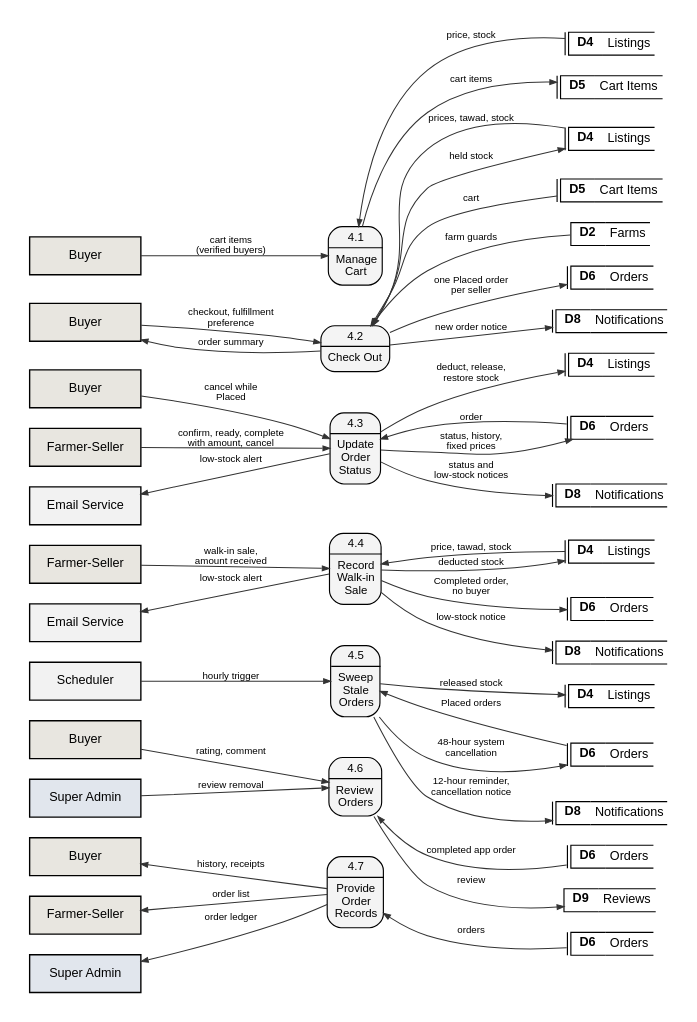
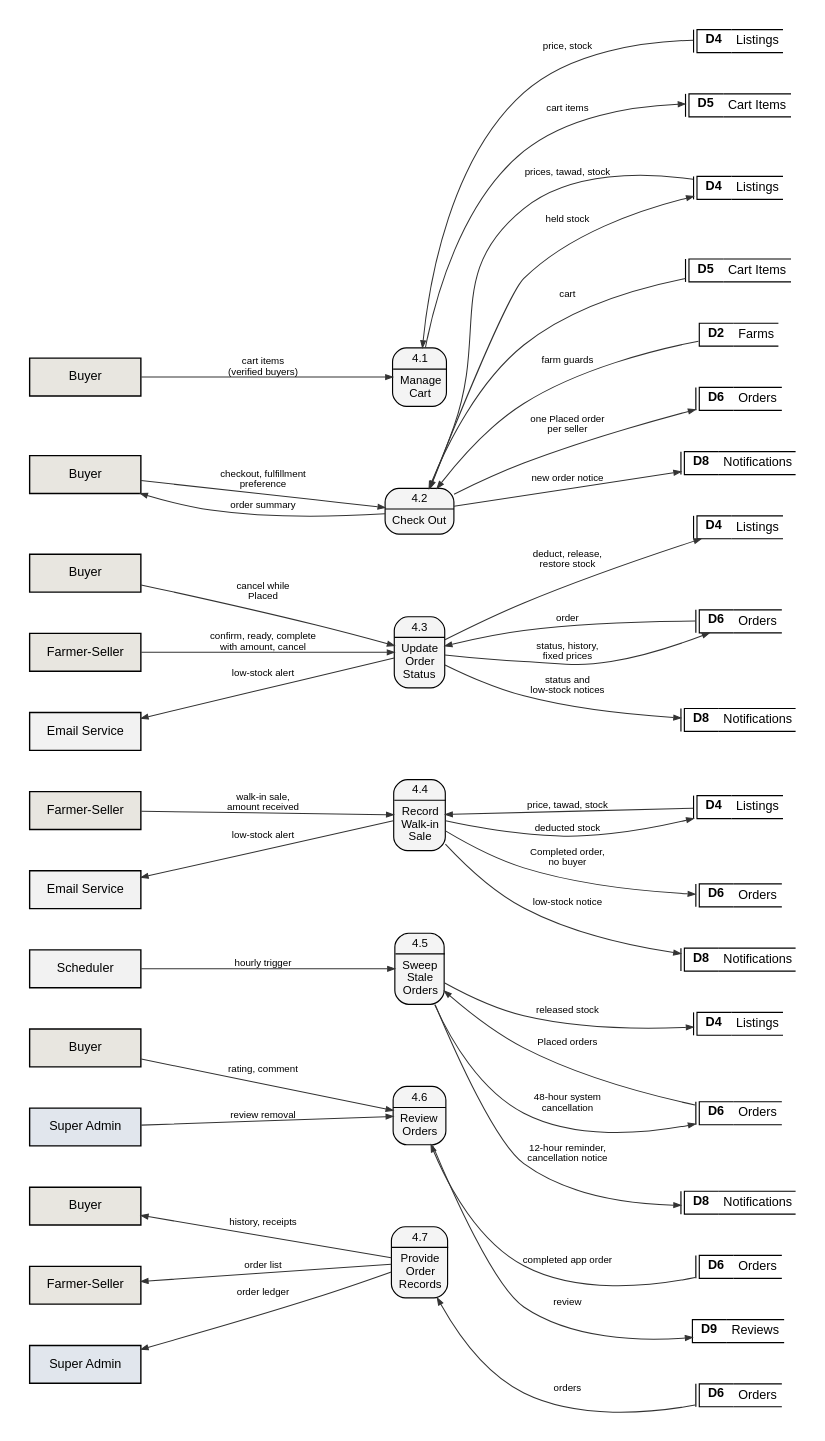
One commit to shawncastaneda11-commits/anihow-backend changed the diagram in docs/manuscript/figures/src/fig6_2_4_dfd_level2.dot. Above: the diagram before and after it, drawn with Graphviz. The commit also changed 40 other files, not shown here.

First line of the commit message:
docs(manuscript): improve DFD, ERD, and use case diagram routing

```diff
--- a/docs/manuscript/figures/src/fig6_2_4_dfd_level2.dot
+++ b/docs/manuscript/figures/src/fig6_2_4_dfd_level2.dot
@@ -1,91 +1,91 @@
 // Data flow diagram, level 2, process 4.0 Process Orders.
 digraph G {
-  graph [rankdir=LR, nodesep=0.25, ranksep=0.9, pad=0.25, fontname="Liberation Sans", newrank=true];
+  graph [rankdir=LR, nodesep=0.5, ranksep=1.7, pad=0.25, fontname="Liberation Sans", newrank=true, splines=spline, concentrate=false];
   node  [fontname="Liberation Sans", fontsize=11];
   edge  [penwidth=0.9, arrowsize=0.6, color="#333333", fontname="Liberation Sans", fontsize=8.5];
   q4a [shape=plaintext, margin=0, width=0, height=0, label=<<TABLE STYLE="ROUNDED" BORDER="1" CELLBORDER="0" CELLSPACING="0" CELLPADDING="3" BGCOLOR="#F4F4F4"><TR><TD><FONT POINT-SIZE="10.5">4.1</FONT></TD></TR><HR/><TR><TD CELLPADDING="5"><FONT POINT-SIZE="10.5">Manage<BR/>Cart</FONT></TD></TR></TABLE>>];
   by_q4a [shape=box, style=filled, fillcolor="#E8E6E0", penwidth=1.2, width=1.35, height=0.46, label="Buyer", comment="gsdup"];
   D4_q4a [shape=plaintext, margin=0, width=0, height=0, label=<<TABLE BORDER="0" CELLBORDER="1" CELLSPACING="0" CELLPADDING="3"><TR><TD SIDES="L" WIDTH="3" CELLPADDING="0"></TD><TD SIDES="TBL" WIDTH="30"><B>D4</B></TD><TD SIDES="TB" ALIGN="LEFT">Listings</TD></TR></TABLE>>];
   D5_q4a [shape=plaintext, margin=0, width=0, height=0, label=<<TABLE BORDER="0" CELLBORDER="1" CELLSPACING="0" CELLPADDING="3"><TR><TD SIDES="L" WIDTH="3" CELLPADDING="0"></TD><TD SIDES="TBL" WIDTH="30"><B>D5</B></TD><TD SIDES="TB" ALIGN="LEFT">Cart Items</TD></TR></TABLE>>];
   q4b [shape=plaintext, margin=0, width=0, height=0, label=<<TABLE STYLE="ROUNDED" BORDER="1" CELLBORDER="0" CELLSPACING="0" CELLPADDING="3" BGCOLOR="#F4F4F4"><TR><TD><FONT POINT-SIZE="10.5">4.2</FONT></TD></TR><HR/><TR><TD CELLPADDING="5"><FONT POINT-SIZE="10.5">Check Out</FONT></TD></TR></TABLE>>];
   by_q4b [shape=box, style=filled, fillcolor="#E8E6E0", penwidth=1.2, width=1.35, height=0.46, label="Buyer", comment="gsdup"];
   D4_q4b [shape=plaintext, margin=0, width=0, height=0, label=<<TABLE BORDER="0" CELLBORDER="1" CELLSPACING="0" CELLPADDING="3"><TR><TD SIDES="L" WIDTH="3" CELLPADDING="0"></TD><TD SIDES="TBL" WIDTH="30"><B>D4</B></TD><TD SIDES="TB" ALIGN="LEFT">Listings</TD></TR></TABLE>>];
   D5_q4b [shape=plaintext, margin=0, width=0, height=0, label=<<TABLE BORDER="0" CELLBORDER="1" CELLSPACING="0" CELLPADDING="3"><TR><TD SIDES="L" WIDTH="3" CELLPADDING="0"></TD><TD SIDES="TBL" WIDTH="30"><B>D5</B></TD><TD SIDES="TB" ALIGN="LEFT">Cart Items</TD></TR></TABLE>>];
   D2_q4b [shape=plaintext, margin=0, width=0, height=0, label=<<TABLE BORDER="0" CELLBORDER="1" CELLSPACING="0" CELLPADDING="3"><TR><TD SIDES="TBL" WIDTH="30"><B>D2</B></TD><TD SIDES="TB" ALIGN="LEFT">Farms</TD></TR></TABLE>>];
   D6_q4b [shape=plaintext, margin=0, width=0, height=0, label=<<TABLE BORDER="0" CELLBORDER="1" CELLSPACING="0" CELLPADDING="3"><TR><TD SIDES="L" WIDTH="3" CELLPADDING="0"></TD><TD SIDES="TBL" WIDTH="30"><B>D6</B></TD><TD SIDES="TB" ALIGN="LEFT">Orders</TD></TR></TABLE>>];
   D8_q4b [shape=plaintext, margin=0, width=0, height=0, label=<<TABLE BORDER="0" CELLBORDER="1" CELLSPACING="0" CELLPADDING="3"><TR><TD SIDES="L" WIDTH="3" CELLPADDING="0"></TD><TD SIDES="TBL" WIDTH="30"><B>D8</B></TD><TD SIDES="TB" ALIGN="LEFT">Notifications</TD></TR></TABLE>>];
   q4c [shape=plaintext, margin=0, width=0, height=0, label=<<TABLE STYLE="ROUNDED" BORDER="1" CELLBORDER="0" CELLSPACING="0" CELLPADDING="3" BGCOLOR="#F4F4F4"><TR><TD><FONT POINT-SIZE="10.5">4.3</FONT></TD></TR><HR/><TR><TD CELLPADDING="5"><FONT POINT-SIZE="10.5">Update<BR/>Order<BR/>Status</FONT></TD></TR></TABLE>>];
   by_q4c [shape=box, style=filled, fillcolor="#E8E6E0", penwidth=1.2, width=1.35, height=0.46, label="Buyer", comment="gsdup"];
   D4_q4c [shape=plaintext, margin=0, width=0, height=0, label=<<TABLE BORDER="0" CELLBORDER="1" CELLSPACING="0" CELLPADDING="3"><TR><TD SIDES="L" WIDTH="3" CELLPADDING="0"></TD><TD SIDES="TBL" WIDTH="30"><B>D4</B></TD><TD SIDES="TB" ALIGN="LEFT">Listings</TD></TR></TABLE>>];
   D6_q4c [shape=plaintext, margin=0, width=0, height=0, label=<<TABLE BORDER="0" CELLBORDER="1" CELLSPACING="0" CELLPADDING="3"><TR><TD SIDES="L" WIDTH="3" CELLPADDING="0"></TD><TD SIDES="TBL" WIDTH="30"><B>D6</B></TD><TD SIDES="TB" ALIGN="LEFT">Orders</TD></TR></TABLE>>];
   D8_q4c [shape=plaintext, margin=0, width=0, height=0, label=<<TABLE BORDER="0" CELLBORDER="1" CELLSPACING="0" CELLPADDING="3"><TR><TD SIDES="L" WIDTH="3" CELLPADDING="0"></TD><TD SIDES="TBL" WIDTH="30"><B>D8</B></TD><TD SIDES="TB" ALIGN="LEFT">Notifications</TD></TR></TABLE>>];
   fs_q4c [shape=box, style=filled, fillcolor="#E8E6E0", penwidth=1.2, width=1.35, height=0.46, label="Farmer-Seller", comment="gsdup"];
   em_q4c [shape=box, style=filled, fillcolor="#F2F2F2", penwidth=1.2, width=1.35, height=0.46, label="Email Service", comment="gsdup"];
   q4d [shape=plaintext, margin=0, width=0, height=0, label=<<TABLE STYLE="ROUNDED" BORDER="1" CELLBORDER="0" CELLSPACING="0" CELLPADDING="3" BGCOLOR="#F4F4F4"><TR><TD><FONT POINT-SIZE="10.5">4.4</FONT></TD></TR><HR/><TR><TD CELLPADDING="5"><FONT POINT-SIZE="10.5">Record<BR/>Walk-in<BR/>Sale</FONT></TD></TR></TABLE>>];
   D4_q4d [shape=plaintext, margin=0, width=0, height=0, label=<<TABLE BORDER="0" CELLBORDER="1" CELLSPACING="0" CELLPADDING="3"><TR><TD SIDES="L" WIDTH="3" CELLPADDING="0"></TD><TD SIDES="TBL" WIDTH="30"><B>D4</B></TD><TD SIDES="TB" ALIGN="LEFT">Listings</TD></TR></TABLE>>];
   D6_q4d [shape=plaintext, margin=0, width=0, height=0, label=<<TABLE BORDER="0" CELLBORDER="1" CELLSPACING="0" CELLPADDING="3"><TR><TD SIDES="L" WIDTH="3" CELLPADDING="0"></TD><TD SIDES="TBL" WIDTH="30"><B>D6</B></TD><TD SIDES="TB" ALIGN="LEFT">Orders</TD></TR></TABLE>>];
   D8_q4d [shape=plaintext, margin=0, width=0, height=0, label=<<TABLE BORDER="0" CELLBORDER="1" CELLSPACING="0" CELLPADDING="3"><TR><TD SIDES="L" WIDTH="3" CELLPADDING="0"></TD><TD SIDES="TBL" WIDTH="30"><B>D8</B></TD><TD SIDES="TB" ALIGN="LEFT">Notifications</TD></TR></TABLE>>];
   fs_q4d [shape=box, style=filled, fillcolor="#E8E6E0", penwidth=1.2, width=1.35, height=0.46, label="Farmer-Seller", comment="gsdup"];
   em_q4d [shape=box, style=filled, fillcolor="#F2F2F2", penwidth=1.2, width=1.35, height=0.46, label="Email Service", comment="gsdup"];
   q4e [shape=plaintext, margin=0, width=0, height=0, label=<<TABLE STYLE="ROUNDED" BORDER="1" CELLBORDER="0" CELLSPACING="0" CELLPADDING="3" BGCOLOR="#F4F4F4"><TR><TD><FONT POINT-SIZE="10.5">4.5</FONT></TD></TR><HR/><TR><TD CELLPADDING="5"><FONT POINT-SIZE="10.5">Sweep<BR/>Stale<BR/>Orders</FONT></TD></TR></TABLE>>];
   D4_q4e [shape=plaintext, margin=0, width=0, height=0, label=<<TABLE BORDER="0" CELLBORDER="1" CELLSPACING="0" CELLPADDING="3"><TR><TD SIDES="L" WIDTH="3" CELLPADDING="0"></TD><TD SIDES="TBL" WIDTH="30"><B>D4</B></TD><TD SIDES="TB" ALIGN="LEFT">Listings</TD></TR></TABLE>>];
   D6_q4e [shape=plaintext, margin=0, width=0, height=0, label=<<TABLE BORDER="0" CELLBORDER="1" CELLSPACING="0" CELLPADDING="3"><TR><TD SIDES="L" WIDTH="3" CELLPADDING="0"></TD><TD SIDES="TBL" WIDTH="30"><B>D6</B></TD><TD SIDES="TB" ALIGN="LEFT">Orders</TD></TR></TABLE>>];
   D8_q4e [shape=plaintext, margin=0, width=0, height=0, label=<<TABLE BORDER="0" CELLBORDER="1" CELLSPACING="0" CELLPADDING="3"><TR><TD SIDES="L" WIDTH="3" CELLPADDING="0"></TD><TD SIDES="TBL" WIDTH="30"><B>D8</B></TD><TD SIDES="TB" ALIGN="LEFT">Notifications</TD></TR></TABLE>>];
   sch_q4e [shape=box, style=filled, fillcolor="#F2F2F2", penwidth=1.2, width=1.35, height=0.46, label="Scheduler"];
   q4f [shape=plaintext, margin=0, width=0, height=0, label=<<TABLE STYLE="ROUNDED" BORDER="1" CELLBORDER="0" CELLSPACING="0" CELLPADDING="3" BGCOLOR="#F4F4F4"><TR><TD><FONT POINT-SIZE="10.5">4.6</FONT></TD></TR><HR/><TR><TD CELLPADDING="5"><FONT POINT-SIZE="10.5">Review<BR/>Orders</FONT></TD></TR></TABLE>>];
   by_q4f [shape=box, style=filled, fillcolor="#E8E6E0", penwidth=1.2, width=1.35, height=0.46, label="Buyer", comment="gsdup"];
   D6_q4f [shape=plaintext, margin=0, width=0, height=0, label=<<TABLE BORDER="0" CELLBORDER="1" CELLSPACING="0" CELLPADDING="3"><TR><TD SIDES="L" WIDTH="3" CELLPADDING="0"></TD><TD SIDES="TBL" WIDTH="30"><B>D6</B></TD><TD SIDES="TB" ALIGN="LEFT">Orders</TD></TR></TABLE>>];
   D9_q4f [shape=plaintext, margin=0, width=0, height=0, label=<<TABLE BORDER="0" CELLBORDER="1" CELLSPACING="0" CELLPADDING="3"><TR><TD SIDES="TBL" WIDTH="30"><B>D9</B></TD><TD SIDES="TB" ALIGN="LEFT">Reviews</TD></TR></TABLE>>];
   sa_q4f [shape=box, style=filled, fillcolor="#E1E6ED", penwidth=1.2, width=1.35, height=0.46, label="Super Admin", comment="gsdup"];
   q4g [shape=plaintext, margin=0, width=0, height=0, label=<<TABLE STYLE="ROUNDED" BORDER="1" CELLBORDER="0" CELLSPACING="0" CELLPADDING="3" BGCOLOR="#F4F4F4"><TR><TD><FONT POINT-SIZE="10.5">4.7</FONT></TD></TR><HR/><TR><TD CELLPADDING="5"><FONT POINT-SIZE="10.5">Provide<BR/>Order<BR/>Records</FONT></TD></TR></TABLE>>];
   by_q4g [shape=box, style=filled, fillcolor="#E8E6E0", penwidth=1.2, width=1.35, height=0.46, label="Buyer", comment="gsdup"];
   D6_q4g [shape=plaintext, margin=0, width=0, height=0, label=<<TABLE BORDER="0" CELLBORDER="1" CELLSPACING="0" CELLPADDING="3"><TR><TD SIDES="L" WIDTH="3" CELLPADDING="0"></TD><TD SIDES="TBL" WIDTH="30"><B>D6</B></TD><TD SIDES="TB" ALIGN="LEFT">Orders</TD></TR></TABLE>>];
   fs_q4g [shape=box, style=filled, fillcolor="#E8E6E0", penwidth=1.2, width=1.35, height=0.46, label="Farmer-Seller", comment="gsdup"];
   sa_q4g [shape=box, style=filled, fillcolor="#E1E6ED", penwidth=1.2, width=1.35, height=0.46, label="Super Admin", comment="gsdup"];
   by_q4a -> q4a [label="cart items\n(verified buyers)"];
   q4a -> D4_q4a [label="price, stock", dir=back];
   q4a -> D5_q4a [label="cart items"];
   by_q4b -> q4b [label="checkout, fulfillment\npreference"];
   q4b -> D5_q4b [label="cart", dir=back];
   q4b -> D4_q4b [label="prices, tawad, stock", dir=back];
   q4b -> D2_q4b [label="farm guards", dir=back];
   q4b -> D6_q4b [label="one Placed order\nper seller"];
   q4b -> D4_q4b [label="held stock"];
   q4b -> D8_q4b [label="new order notice"];
   by_q4b -> q4b [label="order summary", dir=back];
   fs_q4c -> q4c [label="confirm, ready, complete\nwith amount, cancel"];
   by_q4c -> q4c [label="cancel while\nPlaced"];
   q4c -> D6_q4c [label="order", dir=back];
   q4c -> D6_q4c [label="status, history,\nfixed prices"];
   q4c -> D4_q4c [label="deduct, release,\nrestore stock"];
   q4c -> D8_q4c [label="status and\nlow-stock notices"];
   em_q4c -> q4c [label="low-stock alert", dir=back];
   fs_q4d -> q4d [label="walk-in sale,\namount received"];
   q4d -> D4_q4d [label="price, tawad, stock", dir=back];
   q4d -> D6_q4d [label="Completed order,\nno buyer"];
   q4d -> D4_q4d [label="deducted stock"];
   q4d -> D8_q4d [label="low-stock notice"];
   em_q4d -> q4d [label="low-stock alert", dir=back];
   sch_q4e -> q4e [label="hourly trigger"];
   q4e -> D6_q4e [label="Placed orders", dir=back];
   q4e -> D8_q4e [label="12-hour reminder,\ncancellation notice"];
   q4e -> D6_q4e [label="48-hour system\ncancellation"];
   q4e -> D4_q4e [label="released stock"];
   by_q4f -> q4f [label="rating, comment"];
   q4f -> D6_q4f [label="completed app order", dir=back];
   q4f -> D9_q4f [label="review"];
   sa_q4f -> q4f [label="review removal"];
   q4g -> D6_q4g [label="orders", dir=back];
   by_q4g -> q4g [label="history, receipts", dir=back];
   fs_q4g -> q4g [label="order list", dir=back];
   sa_q4g -> q4g [label="order ledger", dir=back];
   {rank=same; by_q4a; by_q4b; fs_q4c; by_q4c; em_q4c; fs_q4d; em_q4d; sch_q4e; by_q4f; sa_q4f; by_q4g; fs_q4g; sa_q4g}
   {rank=same; D4_q4a; D5_q4a; D5_q4b; D4_q4b; D2_q4b; D6_q4b; D8_q4b; D6_q4c; D4_q4c; D8_q4c; D4_q4d; D6_q4d; D8_q4d; D6_q4e; D8_q4e; D4_q4e; D6_q4f; D9_q4f; D6_q4g}
   {rank=same; q4a; q4b; q4c; q4d; q4e; q4f; q4g}
   q4a -> q4b [style=invis, weight=10];
   q4b -> q4c [style=invis, weight=10];
   q4c -> q4d [style=invis, weight=10];
   q4d -> q4e [style=invis, weight=10];
   q4e -> q4f [style=invis, weight=10];
   q4f -> q4g [style=invis, weight=10];
 }
```
